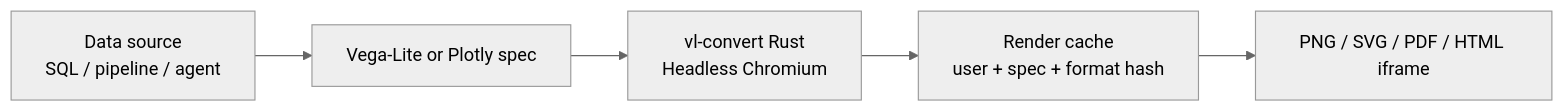
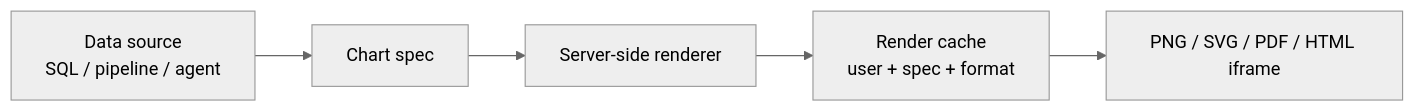
One commit to marmancakbay/mintlify-docs changed the diagram in viz/overview.mdx. Above: the diagram before and after it, drawn with Mermaid (neutral theme). The commit also changed other lines of this file and 2065 other files, not shown here.

````diff
--- a/viz/overview.mdx
+++ b/viz/overview.mdx
@@ -49,7 +49,7 @@
 ```mermaid
 flowchart LR
-    Source[Data source<br/>SQL / pipeline / agent] --> Spec[Vega-Lite or Plotly spec]
-    Spec --> Render[vl-convert Rust<br/>Headless Chromium]
-    Render --> Cache[Render cache<br/>user + spec + format hash]
+    Source[Data source<br/>SQL / pipeline / agent] --> Spec[Chart spec]
+    Spec --> Render[Server-side renderer]
+    Render --> Cache[Render cache<br/>user + spec + format]
     Cache --> Out[PNG / SVG / PDF / HTML iframe]
 ```
````
